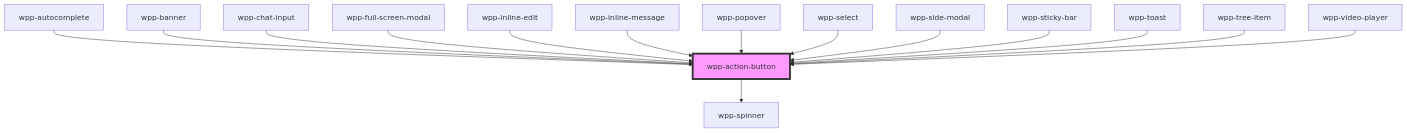
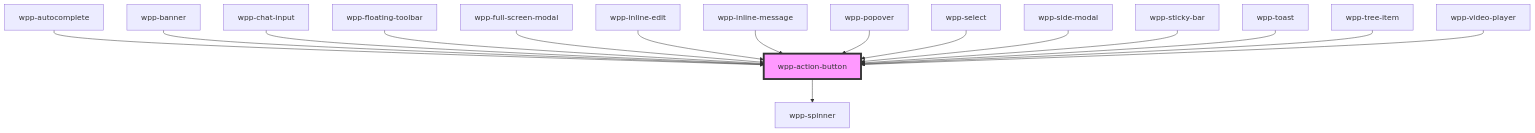
The diagram in src/components/wpp-action-button/readme.md (WPP-Public/wpp--os--platform-ui-kit), drawn with Mermaid before and after one commit. The commit also changed other lines of this file and 142 other files, not shown here.

````diff
--- a/src/components/wpp-action-button/readme.md
+++ b/src/components/wpp-action-button/readme.md
@@ -242,18 +243,19 @@
 ```mermaid
 graph TD;
   wpp-action-button --> wpp-spinner
   wpp-autocomplete --> wpp-action-button
   wpp-banner --> wpp-action-button
   wpp-chat-input --> wpp-action-button
+  wpp-floating-toolbar --> wpp-action-button
   wpp-full-screen-modal --> wpp-action-button
   wpp-inline-edit --> wpp-action-button
   wpp-inline-message --> wpp-action-button
   wpp-popover --> wpp-action-button
   wpp-select --> wpp-action-button
   wpp-side-modal --> wpp-action-button
   wpp-sticky-bar --> wpp-action-button
   wpp-toast --> wpp-action-button
   wpp-tree-item --> wpp-action-button
   wpp-video-player --> wpp-action-button
   style wpp-action-button fill:#f9f,stroke:#333,stroke-width:4px
 ```
````
